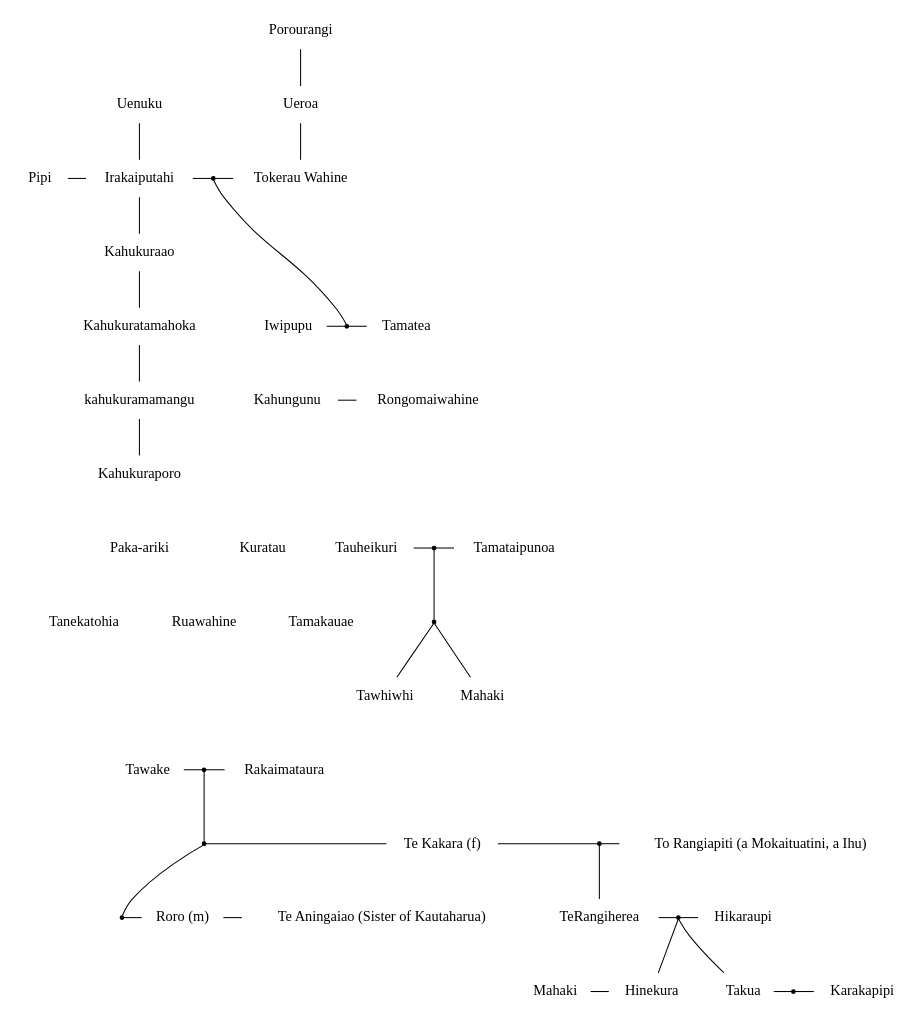
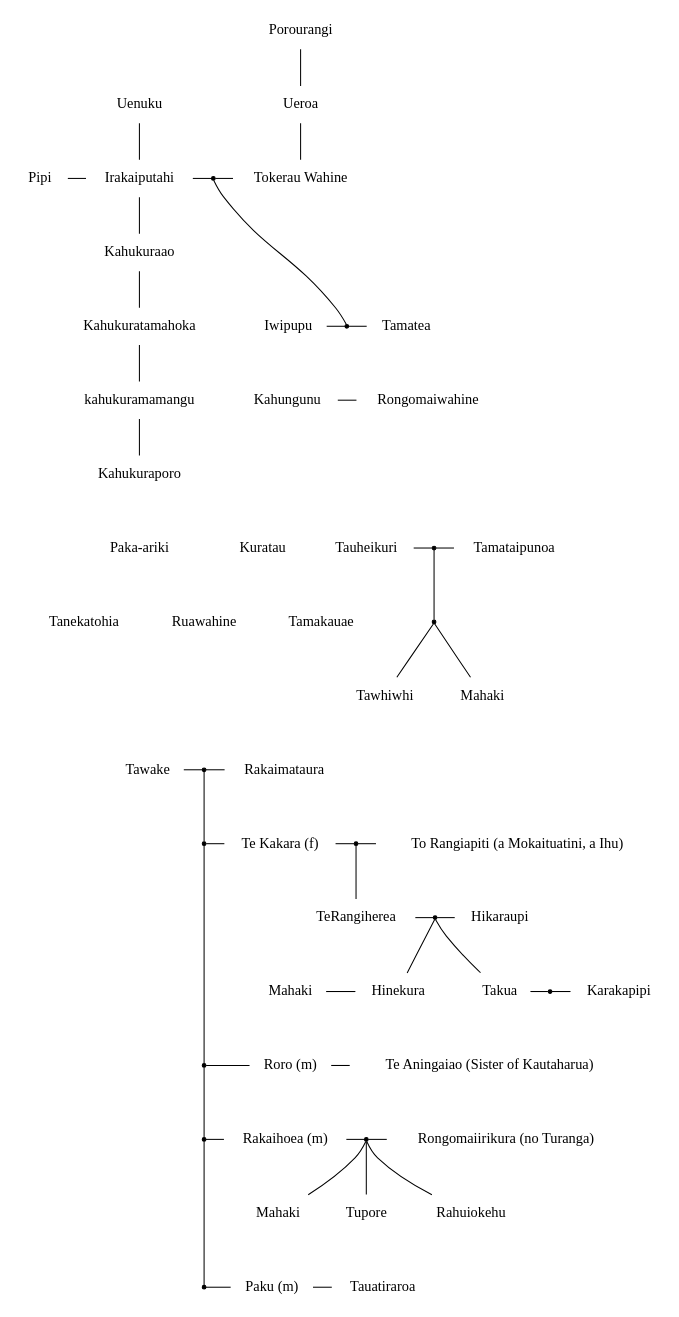
Before and after one commit to namelessmasses/whakapapa: the diagram in Ina te whakapapa hei whakamarama - Diagram 1.dot, drawn with Graphviz.

Commit message:
Ina te whakapapa hei whakamarama - add remaining relationships

```diff
--- a/Ina te whakapapa hei whakamarama - Diagram 1.dot
+++ b/Ina te whakapapa hei whakamarama - Diagram 1.dot
@@ -1,159 +1,199 @@
 graph Ina_te_whakapapa_hei_whakamarama {
     node [shape=none];
 
     Uenuku;
     Irakaiputahi;
     Kahukuraao;
     Kahukuratamahoka;
     kahukuramamangu;
     Kahukuraporo;
 
     Porourangi;
     Ueroa
     TokerauWahine [label="Tokerau Wahine"];
 
     Pipi;
 
     Porourangi -- Ueroa;
     Ueroa -- TokerauWahine;
 
     Uenuku -- Irakaiputahi;
     Irakaiputahi -- Kahukuraao;
     Kahukuraao -- Kahukuratamahoka;
     Kahukuratamahoka -- kahukuramamangu;
     kahukuramamangu -- Kahukuraporo;
 
     Pipi -- Irakaiputahi;
 
     Iwipupu;
     Tamatea;
 
     subgraph cluster_2 {
         style=invis;
         TokerauWahine;
         Iwipupu;
         Irakaiputahi_TokerauWahine [shape=point, label=""];
         Iwipupu_Tamatea [shape=point, label=""];
     }
 
     TokerauWahine -- Iwipupu [style=invis];
 
     subgraph cluster_1 {
         style=invis;
         Kahukuraao;
         Kahukuratamahoka;
     }
 
     Irakaiputahi -- Irakaiputahi_TokerauWahine -- TokerauWahine;
     Iwipupu -- Iwipupu_Tamatea -- Tamatea;
     Irakaiputahi_TokerauWahine -- Iwipupu_Tamatea;
 
     { rank=same; Pipi, Irakaiputahi, Irakaiputahi_TokerauWahine, TokerauWahine };
 
     { rank=same; Kahukuratamahoka, Iwipupu, Iwipupu_Tamatea, Tamatea };
 
     Kahungunu;
     Rongomaiwahine;
 
     { rank=same; kahukuramamangu, Kahungunu, Rongomaiwahine };
 
     Kahungunu -- Rongomaiwahine;
     
     Pakaariki [label="Paka-ariki"];
     Kuratau;
     Pakaariki_Kuratau [shape=point, style=invis];
     Pakaariki -- Pakaariki_Kuratau -- Kuratau [style=invis];
 
     Tauheikuri;
     Tamataipunoa;
     Tauheikuri_Tamataipunoa [shape=point, label=""];
 
     Tauheikuri -- Tauheikuri_Tamataipunoa -- Tamataipunoa;
 
     { rank=same; Pakaariki, Pakaariki_Kuratau, Kuratau, Tauheikuri, Tauheikuri_Tamataipunoa, Tamataipunoa };
 
     Kahukuraporo -- Pakaariki [style=invis];
 
     Tanekatohia;
     Ruawahine;
     Tamakauae;
 
     Tanekatohia -- Ruawahine -- Tamakauae [style=invis];
 
     Pakaariki_Kuratau -- Ruawahine[style=invis];
 
     { rank=same; Tanekatohia, Ruawahine, Tamakauae };
 
     Tauheikuri_Tamataipunoa_Children [shape=point, label=""];
 
     Tauheikuri_Tamataipunoa -- Tauheikuri_Tamataipunoa_Children;
 
     Tawhiwhi;
     Mahaki_0 [label="Mahaki"];
 
     { rank=same; Tawhiwhi, Mahaki_0 };
 
     Tauheikuri_Tamataipunoa_Children -- Tawhiwhi;
     Tauheikuri_Tamataipunoa_Children -- Mahaki_0;
 
     Tawake;
     Rakaimataura;
     Tawake_Rakaimataura [shape=point, label=""];
     Tawake -- Tawake_Rakaimataura -- Rakaimataura;
 
     { rank=same; Tawake, Tawake_Rakaimataura, Rakaimataura };
 
     Ruawahine -- Tawake_Rakaimataura [style=invis,minlen=2];
 
     subgraph cluster_TeKakara {
         TeKakara_Row[shape=point, label=""];
         TeKakara [label="Te Kakara (f)"];
     }
     Tawake_Rakaimataura -- TeKakara_Row;
 
     TeKakara_TeRangiapiti [shape=point, label=""];
     TeRangiapiti [label="To Rangiapiti (a Mokaituatini, a Ihu)"];
 
     { rank=same; TeKakara_Row, TeKakara, TeKakara_TeRangiapiti, TeRangiapiti };
     TeKakara_Row -- TeKakara -- TeKakara_TeRangiapiti -- TeRangiapiti;
     
     TeRangiherea;
     TeKakara_TeRangiapiti -- TeRangiherea [weight=10];
 
     TeRangiherea_Hikaraupi [shape=point, label=""];
     Hikaraupi;
     { rank=same; TeRangiherea, TeRangiherea_Hikaraupi, Hikaraupi };
     TeRangiherea -- TeRangiherea_Hikaraupi -- Hikaraupi;
 
     Hinekura;
     TeRangiherea -- Hinekura [style=invis];
     Takua;
     Hikaraupi -- Takua [style=invis,weight=10];
 
     TeRangiherea_Hikaraupi -- Hinekura;
     TeRangiherea_Hikaraupi -- Takua;
 
     Karakapipi;
     Takua_Karakapipi [shape=point, label=""];
     Takua -- Takua_Karakapipi -- Karakapipi;
 
     Mahaki_1 [label="Mahaki"];
     Mahaki_1 -- Hinekura;
     Hinekura -- Takua [style=invis];
     
     { rank=same; Mahaki_1, Hinekura, Takua, Takua_Karakapipi, Karakapipi };
 
     subgraph cluster_Roro {
         Roro_row [shape=point, label=""];
         Roro [label="Roro (m)"];
     }
 
     TeKakara_Row -- Roro_row;
 
     TeAningaiao [label="Te Aningaiao (Sister of Kautaharua)"];
     Roro_row -- Roro [constraint=false];
     Roro -- TeAningaiao;
 
     { rank=same; Roro_row, Roro, TeAningaiao };
 
+    TeKakara -- Mahaki_1 [style=invis,minlen=2];
+
+    Mahaki_1 -- Roro [style=invis];
+
+    Rakaihoea_row [shape=point, label=""];
+    Roro_row -- Rakaihoea_row;
+    Rakaihoea [label="Rakaihoea (m)"];
+
+    Rakaihoea_Rongomaiirikura [shape=point, label=""];
+
+    Rongomaiirikura [label="Rongomaiirikura (no Turanga)"];
+    Rakaihoea_row -- Rakaihoea -- Rakaihoea_Rongomaiirikura -- Rongomaiirikura;
+
+    { rank=same; Rakaihoea_row, Rakaihoea, Rakaihoea_Rongomaiirikura, Rongomaiirikura };
+
+    Mahaki_2 [label="Mahaki"];
+    Tupore;
+    Rahuiokehu;
+
+    Rakaihoea_Rongomaiirikura -- Mahaki_2;
+    Rakaihoea_Rongomaiirikura -- Tupore;
+    Rakaihoea_Rongomaiirikura -- Rahuiokehu;
+
+    { rank=same; Mahaki_2, Tupore, Rahuiokehu };
+
+    Paku_row [shape=point, label=""];
+
+    Rakaihoea -- Mahaki_2 [style=invis];
+
+    Rakaihoea_row -- Paku_row[weight=10];
+
+    Paku [label="Paku (m)"];
+    Paku_row -- Paku;
+    Mahaki_2 -- Paku [style=invis];
+
+    Tauatiraroa;
+
+    Paku -- Tauatiraroa [  ];
+
+    { rank=same; Paku_row, Paku, Tauatiraroa };
 }
```
